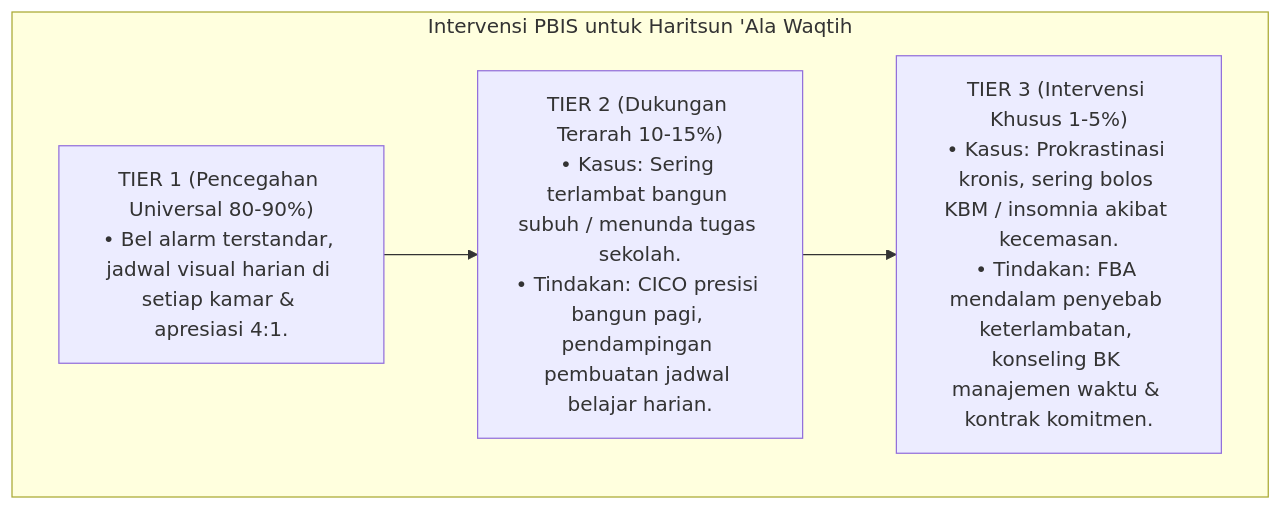
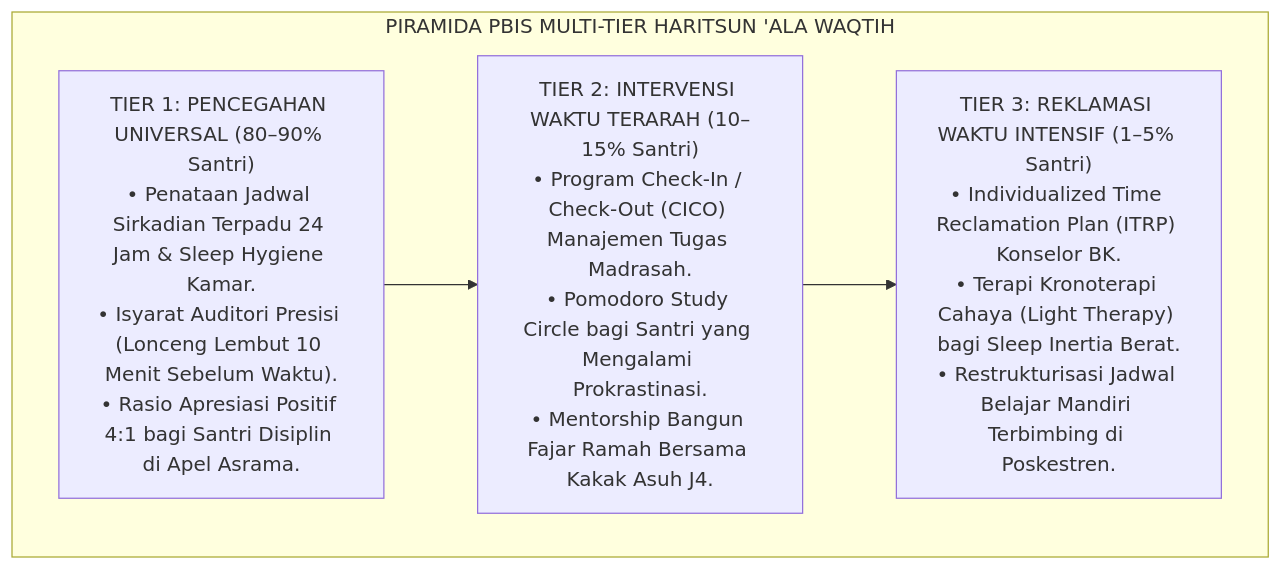
One commit to wandiapriliyandi/tumbuh changed the third of 6 diagrams in 03 Capacity Framework/10 Haritsun Ala Waqtih/P3-10-10-Protokol-Intervensi-dan-Pembiasaan.md. Above: the diagram before and after it, drawn with Mermaid. The commit also changed other lines of this file and 14 other files, not shown here.

Commit message:
docs(03-capacity): complete all 15 research monographs for 10 Haritsun Ala Waqtih

````diff
--- a/03 Capacity Framework/10 Haritsun Ala Waqtih/P3-10-10-Protokol-Intervensi-dan-Pembiasaan.md
+++ b/03 Capacity Framework/10 Haritsun Ala Waqtih/P3-10-10-Protokol-Intervensi-dan-Pembiasaan.md
@@ -21,12 +96,12 @@
 ```mermaid
-graph TD
-    subgraph Intervensi_Waktu_PBIS["Intervensi PBIS untuk Haritsun 'Ala Waqtih"]
-        Tier1["TIER 1 (Pencegahan Universal 80-90%)<br/>• Bel alarm terstandar, jadwal visual harian di setiap kamar & apresiasi 4:1."]
+flowchart TD
+    subgraph PiramidaPBISHaritsunWaqtih["PIRAMIDA PBIS MULTI-TIER HARITSUN 'ALA WAQTIH"]
+        T1["TIER 1: PENCEGAHAN UNIVERSAL (80–90% Santri)<br/>• Penataan Jadwal Sirkadian Terpadu 24 Jam & Sleep Hygiene Kamar.<br/>• Isyarat Auditori Presisi (Lonceng Lembut 10 Menit Sebelum Waktu).<br/>• Rasio Apresiasi Positif 4:1 bagi Santri Disiplin di Apel Asrama."]
         
-        Tier2["TIER 2 (Dukungan Terarah 10-15%)<br/>• Kasus: Sering terlambat bangun subuh / menunda tugas sekolah.<br/>• Tindakan: CICO presisi bangun pagi, pendampingan pembuatan jadwal belajar harian."]
+        T2["TIER 2: INTERVENSI WAKTU TERARAH (10–15% Santri)<br/>• Program Check-In / Check-Out (CICO) Manajemen Tugas Madrasah.<br/>• Pomodoro Study Circle bagi Santri yang Mengalami Prokrastinasi.<br/>• Mentorship Bangun Fajar Ramah Bersama Kakak Asuh J4."]
         
-        Tier3["TIER 3 (Intervensi Khusus 1-5%)<br/>• Kasus: Prokrastinasi kronis, sering bolos KBM / insomnia akibat kecemasan.<br/>• Tindakan: FBA mendalam penyebab keterlambatan, konseling BK manajemen waktu & kontrak komitmen."]
-
-        Tier1 --> Tier2 --> Tier3
+        T3["TIER 3: REKLAMASI WAKTU INTENSIF (1–5% Santri)<br/>• Individualized Time Reclamation Plan (ITRP) Konselor BK.<br/>• Terapi Kronoterapi Cahaya (Light Therapy) bagi Sleep Inertia Berat.<br/>• Restrukturisasi Jadwal Belajar Mandiri Terbimbing di Poskestren."]
+        
+        T1 --> T2 --> T3
     end
 ```
````
